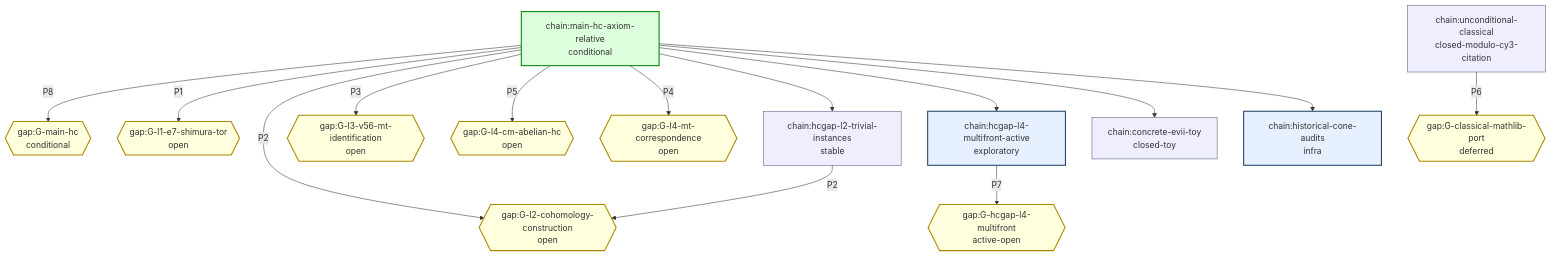
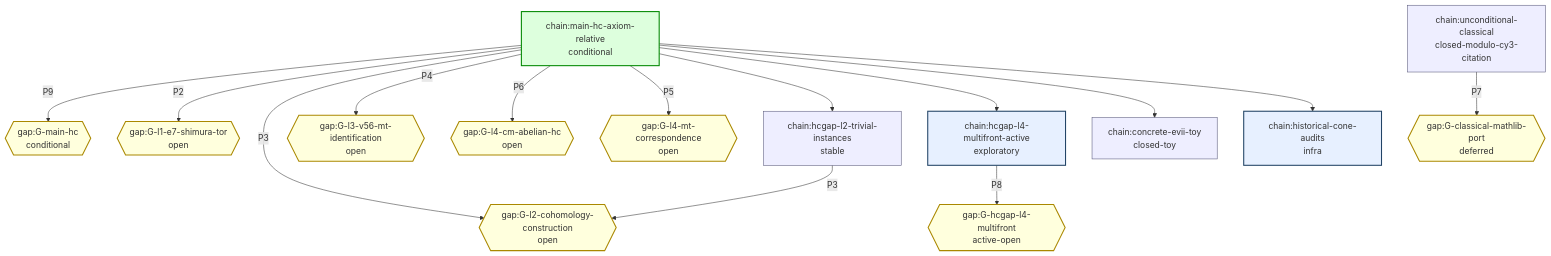
The second of 2 diagrams in chain-status/graph.md (crabsatellite/hodge-conjecture-lean4-formalization), drawn with Mermaid before and after one commit. The commit also changed other lines of this file and 9 other files, not shown here.

````diff
--- a/chain-status/graph.md
+++ b/chain-status/graph.md
@@ -83,38 +83,38 @@
 ```mermaid
 graph TD
   classDef routeMain fill:#dfd,stroke:#080,stroke-width:2px
   classDef routeActive fill:#e7f0ff,stroke:#246,stroke-width:2px
   classDef routeSupport fill:#eef,stroke:#557
   classDef routeDead fill:#fdd,stroke:#a00,stroke-width:2px
   classDef gapOpen fill:#ffd,stroke:#a80,stroke-width:2px
   classDef gapClosed fill:#eee,stroke:#777
   classDef gapLegacy fill:#eee,stroke:#777,stroke-dasharray:3 3
   classDef gapDead fill:#fdd,stroke:#a00,stroke-dasharray:4 2
   chain_main_hc_axiom_relative["chain:main-hc-axiom-relative\nconditional"]:::routeMain
   chain_unconditional_classical["chain:unconditional-classical\nclosed-modulo-cy3-citation"]:::routeSupport
   chain_hcgap_l2_trivial_instances["chain:hcgap-l2-trivial-instances\nstable"]:::routeSupport
   chain_hcgap_l4_multifront_active["chain:hcgap-l4-multifront-active\nexploratory"]:::routeActive
   chain_concrete_evii_toy["chain:concrete-evii-toy\nclosed-toy"]:::routeSupport
   chain_historical_cone_audits["chain:historical-cone-audits\ninfra"]:::routeActive
   gap_G_main_hc{{"gap:G-main-hc\nconditional"}}:::gapOpen
   gap_G_l1_e7_shimura_tor{{"gap:G-l1-e7-shimura-tor\nopen"}}:::gapOpen
   gap_G_l2_cohomology_construction{{"gap:G-l2-cohomology-construction\nopen"}}:::gapOpen
   gap_G_l3_v56_mt_identification{{"gap:G-l3-v56-mt-identification\nopen"}}:::gapOpen
   gap_G_l4_cm_abelian_hc{{"gap:G-l4-cm-abelian-hc\nopen"}}:::gapOpen
   gap_G_l4_mt_correspondence{{"gap:G-l4-mt-correspondence\nopen"}}:::gapOpen
   gap_G_classical_mathlib_port{{"gap:G-classical-mathlib-port\ndeferred"}}:::gapOpen
   gap_G_hcgap_l4_multifront{{"gap:G-hcgap-l4-multifront\nactive-open"}}:::gapOpen
-  chain_main_hc_axiom_relative -->|P8| gap_G_main_hc
-  chain_main_hc_axiom_relative -->|P1| gap_G_l1_e7_shimura_tor
-  chain_main_hc_axiom_relative -->|P2| gap_G_l2_cohomology_construction
-  chain_main_hc_axiom_relative -->|P3| gap_G_l3_v56_mt_identification
-  chain_main_hc_axiom_relative -->|P5| gap_G_l4_cm_abelian_hc
-  chain_main_hc_axiom_relative -->|P4| gap_G_l4_mt_correspondence
-  chain_unconditional_classical -->|P6| gap_G_classical_mathlib_port
+  chain_main_hc_axiom_relative -->|P9| gap_G_main_hc
+  chain_main_hc_axiom_relative -->|P2| gap_G_l1_e7_shimura_tor
+  chain_main_hc_axiom_relative -->|P3| gap_G_l2_cohomology_construction
+  chain_main_hc_axiom_relative -->|P4| gap_G_l3_v56_mt_identification
+  chain_main_hc_axiom_relative -->|P6| gap_G_l4_cm_abelian_hc
+  chain_main_hc_axiom_relative -->|P5| gap_G_l4_mt_correspondence
+  chain_unconditional_classical -->|P7| gap_G_classical_mathlib_port
   chain_main_hc_axiom_relative --> chain_hcgap_l2_trivial_instances
-  chain_hcgap_l2_trivial_instances -->|P2| gap_G_l2_cohomology_construction
+  chain_hcgap_l2_trivial_instances -->|P3| gap_G_l2_cohomology_construction
   chain_main_hc_axiom_relative --> chain_hcgap_l4_multifront_active
-  chain_hcgap_l4_multifront_active -->|P7| gap_G_hcgap_l4_multifront
+  chain_hcgap_l4_multifront_active -->|P8| gap_G_hcgap_l4_multifront
   chain_main_hc_axiom_relative --> chain_concrete_evii_toy
   chain_main_hc_axiom_relative --> chain_historical_cone_audits
 ```
````
